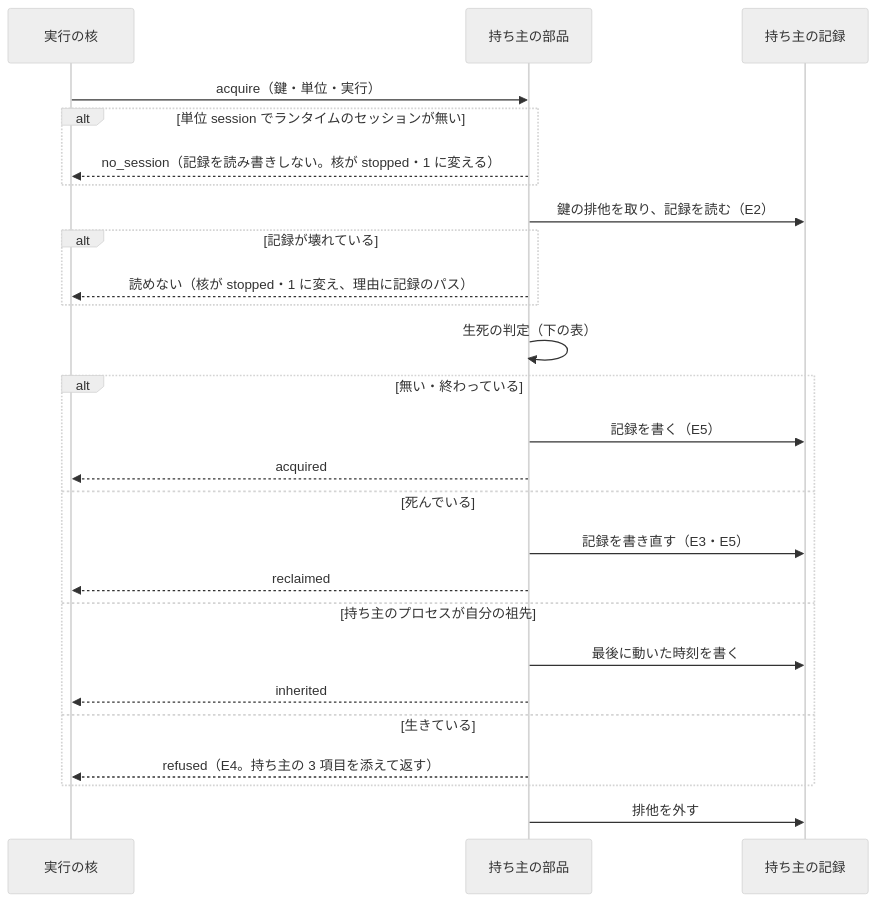
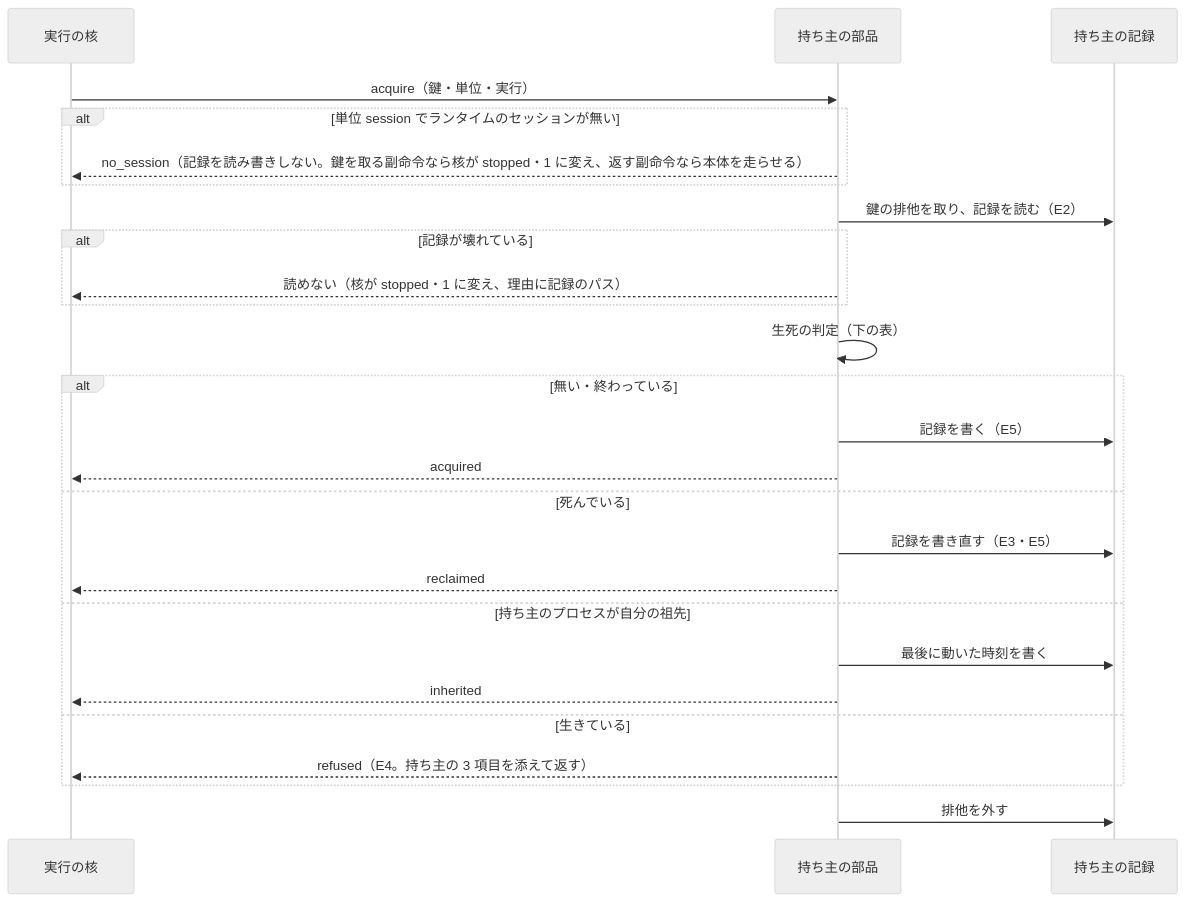
One commit to devbasex/ai-plugins changed the fourth of 7 diagrams in issues/issue-2342-design.md. Above: the diagram before and after it, drawn with Mermaid (neutral theme). The commit also changed other lines of this file and 1 other file, not shown here.

````diff
--- a/issues/issue-2342-design.md
+++ b/issues/issue-2342-design.md
@@ -279,28 +290,28 @@
 ```mermaid
 sequenceDiagram
     participant K as 実行の核
     participant L as 持ち主の部品
     participant F as 持ち主の記録
     K->>L: acquire（鍵・単位・実行）
     alt 単位 session でランタイムのセッションが無い
-        L-->>K: no_session（記録を読み書きしない。核が stopped・1 に変える）
+        L-->>K: no_session（記録を読み書きしない。鍵を取る副命令なら核が stopped・1 に変え、返す副命令なら本体を走らせる）
     end
     L->>F: 鍵の排他を取り、記録を読む（E2）
     alt 記録が壊れている
         L-->>K: 読めない（核が stopped・1 に変え、理由に記録のパス）
     end
     L->>L: 生死の判定（下の表）
     alt 無い・終わっている
         L->>F: 記録を書く（E5）
         L-->>K: acquired
     else 死んでいる
         L->>F: 記録を書き直す（E3・E5）
         L-->>K: reclaimed
     else 持ち主のプロセスが自分の祖先
         L->>F: 最後に動いた時刻を書く
         L-->>K: inherited
     else 生きている
         L-->>K: refused（E4。持ち主の 3 項目を添えて返す）
     end
     L->>F: 排他を外す
 ```
````
